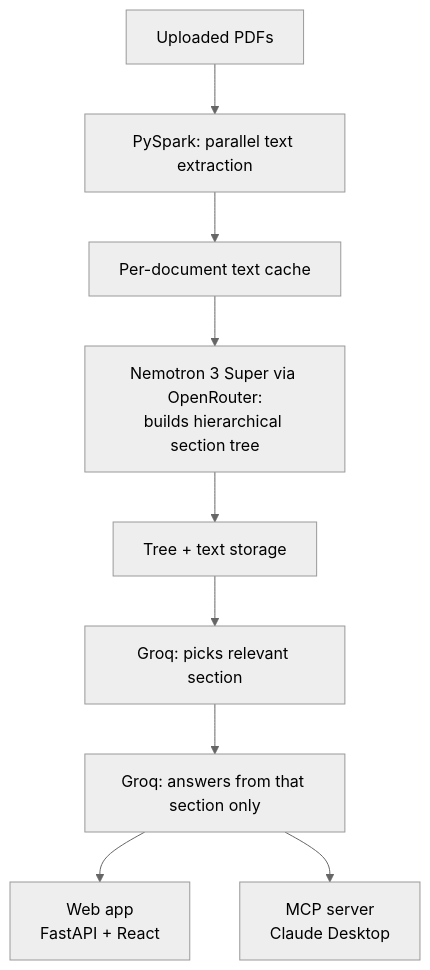
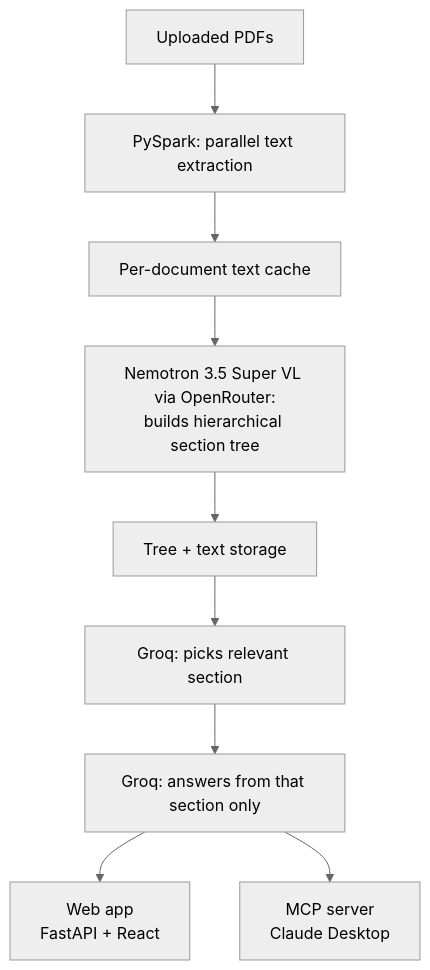
The diagram in README.md (dhruvHhh/RegTree), drawn with Mermaid (neutral theme) before and after one commit.

Commit message:
docs: name Nemotron 3.5 Super VL in the architecture diagram

````diff
--- a/README.md
+++ b/README.md
@@ -40,11 +40,11 @@
 ```mermaid
 flowchart TD
     A[Uploaded PDFs] --> B[PySpark: parallel text extraction]
     B --> C[Per-document text cache]
-    C --> D[Nemotron 3 Super via OpenRouter:<br/>builds hierarchical section tree]
+    C --> D[Nemotron 3.5 Super VL via OpenRouter:<br/>builds hierarchical section tree]
     D --> E[Tree + text storage]
     E --> F[Groq: picks relevant section]
     F --> G[Groq: answers from that section only]
     G --> H1[Web app<br/>FastAPI + React]
     G --> H2[MCP server<br/>Claude Desktop]
 ```
````
